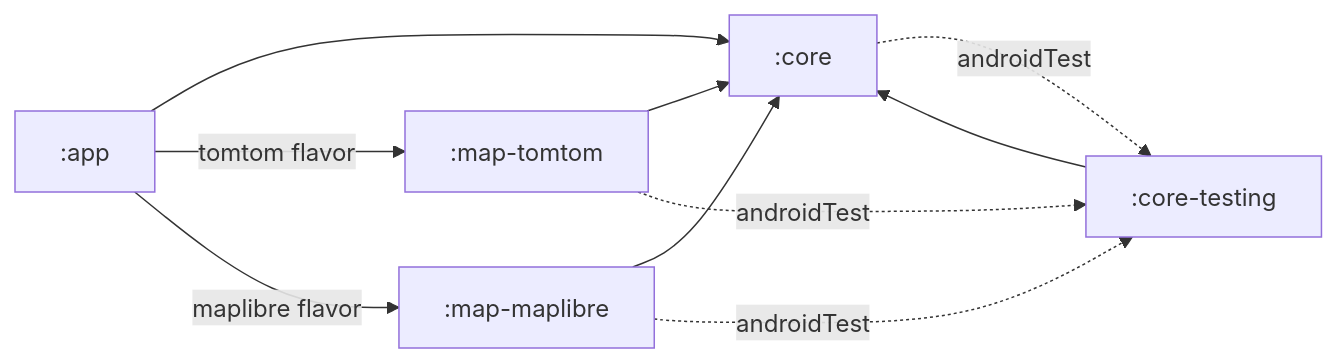
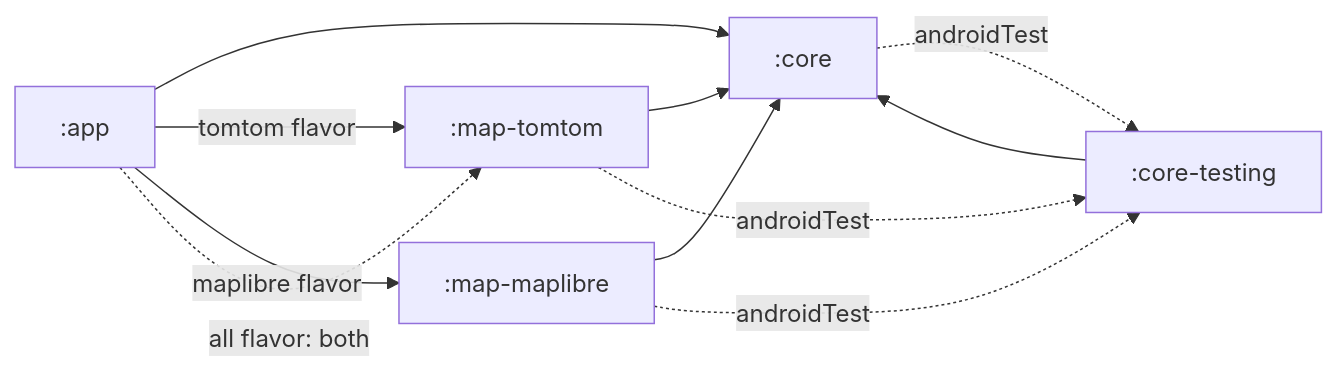
One commit to karczews/PublicTransportViewer changed the first of 10 diagrams in docs/ARCHITECTURE.md. Above: the diagram before and after it, drawn with Mermaid. The commit also changed other lines of this file and 4 other files, not shown here.

Commit message:
feat: add all flavor bundling every map SDK

````diff
--- a/docs/ARCHITECTURE.md
+++ b/docs/ARCHITECTURE.md
@@ -10,12 +10,13 @@
 ```mermaid
 graph LR
     app[":app"] --> core[":core"]
     app -- tomtom flavor --> tomtom[":map-tomtom"]
     app -- maplibre flavor --> maplibre[":map-maplibre"]
+    app -. all flavor: both .-> tomtom
     tomtom --> core
     maplibre --> core
     testing[":core-testing"] --> core
     core -. androidTest .-> testing
     tomtom -. androidTest .-> testing
     maplibre -. androidTest .-> testing
 ```
````
